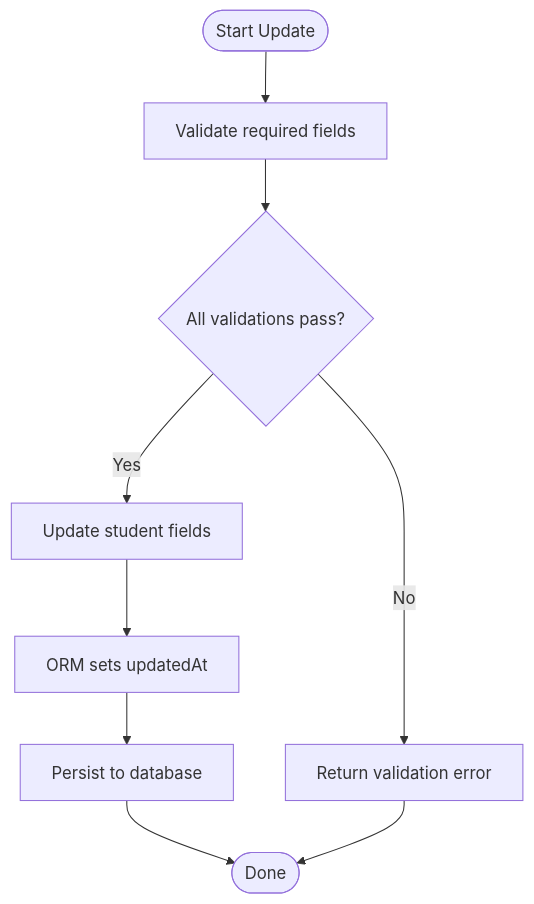
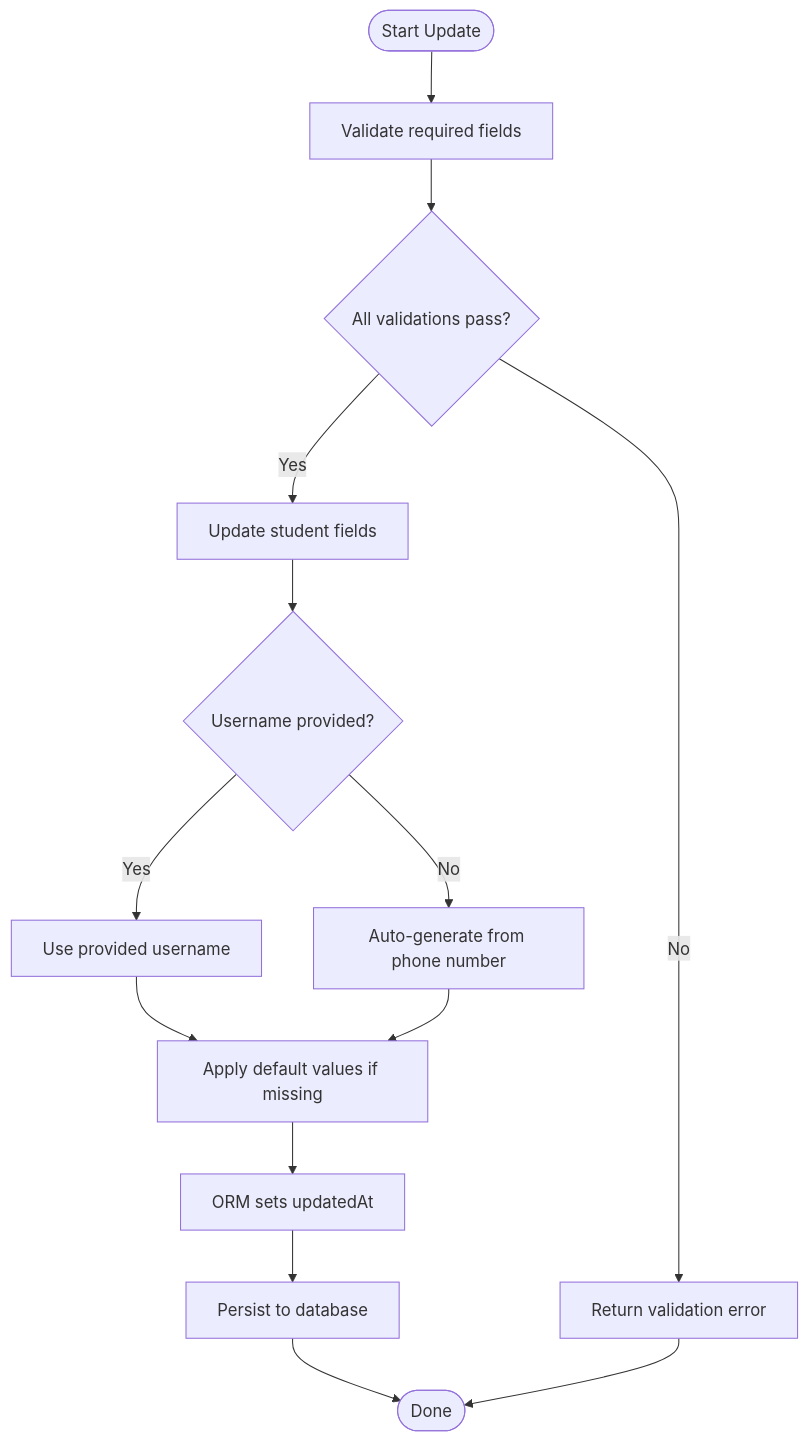
The fifth of 7 diagrams in .qoder/repowiki/en/content/Database Design/Student Model.md (Mreng78/khirocom_project), drawn with Mermaid before and after one commit. The commit also changed other lines of this file and 13 other files, not shown here.

````diff
--- a/.qoder/repowiki/en/content/Database Design/Student Model.md
+++ b/.qoder/repowiki/en/content/Database Design/Student Model.md
@@ -172,11 +232,16 @@
 ```mermaid
 flowchart TD
 Start(["Start Update"]) --> Validate["Validate required fields"]
 Validate --> Valid{"All validations pass?"}
 Valid --> |No| Error["Return validation error"]
 Valid --> |Yes| UpdateRecord["Update student fields"]
-UpdateRecord --> SetTimestamps["ORM sets updatedAt"]
+UpdateRecord --> CheckUsername{"Username provided?"}
+CheckUsername --> |Yes| UseProvided["Use provided username"]
+CheckUsername --> |No| AutoGenerate["Auto-generate from phone number"]
+UseProvided --> SetDefaults["Apply default values if missing"]
+AutoGenerate --> SetDefaults
+SetDefaults --> SetTimestamps["ORM sets updatedAt"]
 SetTimestamps --> Save["Persist to database"]
 Save --> Done(["Done"])
 Error --> Done
 ```
````
